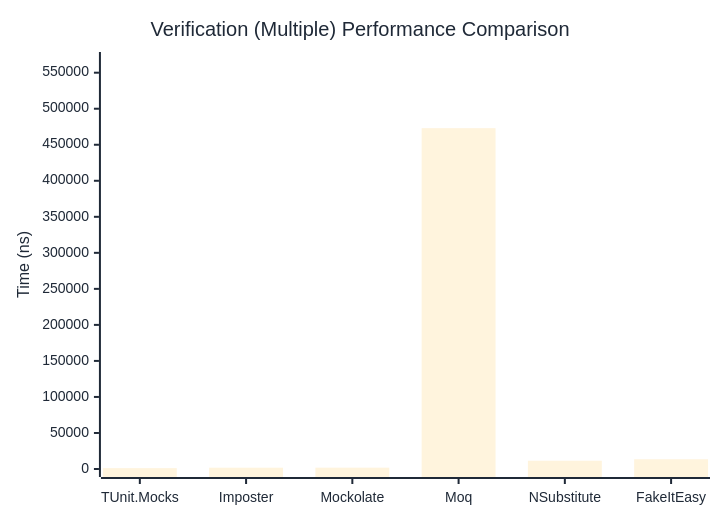
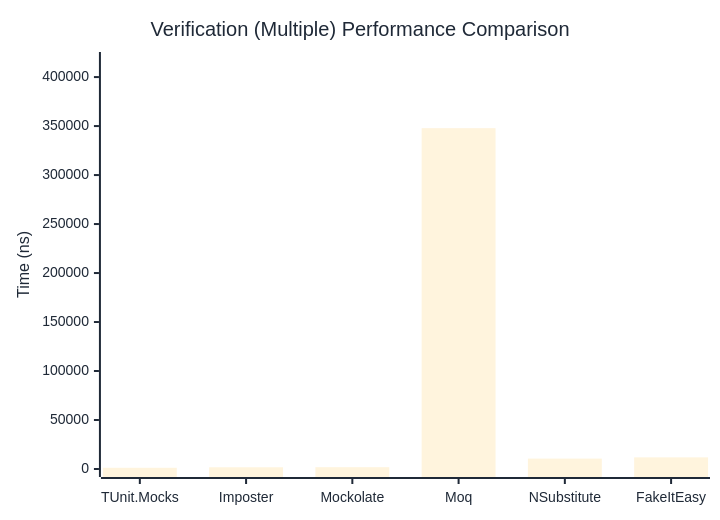
One commit to thomhurst/TUnit changed the third of 3 diagrams in docs/docs/benchmarks/mocks/Verification.md. Above: the diagram before and after it, drawn with Mermaid. The commit also changed other lines of this file and 14 other files, not shown here.

````diff
--- a/docs/docs/benchmarks/mocks/Verification.md
+++ b/docs/docs/benchmarks/mocks/Verification.md
@@ -110,27 +110,27 @@
 ```mermaid
 %%{init: {
   'theme':'base',
   'themeVariables': {
     'primaryColor': '#2563eb',
     'primaryTextColor': '#1f2937',
     'primaryBorderColor': '#1e40af',
     'lineColor': '#6b7280',
     'secondaryColor': '#7c3aed',
     'tertiaryColor': '#dc2626',
     'background': '#ffffff',
     'pie1': '#2563eb',
     'pie2': '#7c3aed',
     'pie3': '#dc2626',
     'pie4': '#f59e0b',
     'pie5': '#10b981',
     'pie6': '#06b6d4',
     'pie7': '#ec4899',
     'pie8': '#6366f1'
   }
 }}%%
 xychart-beta
   title "Verification (Multiple) Performance Comparison"
   x-axis ["TUnit.Mocks", "Imposter", "Mockolate", "Moq", "NSubstitute", "FakeItEasy"]
-  y-axis "Time (ns)" 0 --> 567622
-  bar [1203.29, 1803.81, 1847.85, 473017.88, 11482.7, 13534.29]
+  y-axis "Time (ns)" 0 --> 417428
+  bar [1248.17, 1755.7, 1857.64, 347856.4, 10614.17, 11868.98]
 ```
````
